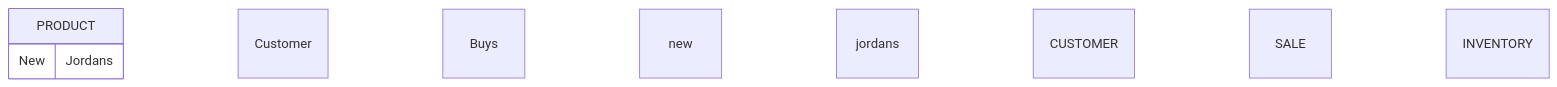
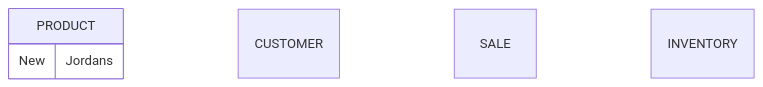
The diagram in NikeStore_ERD.md (Bryson456cmd/Project), drawn with Mermaid before and after one commit.

````diff
--- a/NikeStore_ERD.md
+++ b/NikeStore_ERD.md
@@ -1,11 +1,12 @@
 ```mermaid
 erDiagram
 PRODUCT { New Jordans 
-}Customer Buys new jordans
+}
+
 CUSTOMER { 
 }
 SALE { 
 }
 INVENTORY { 
 }
 ```
````
